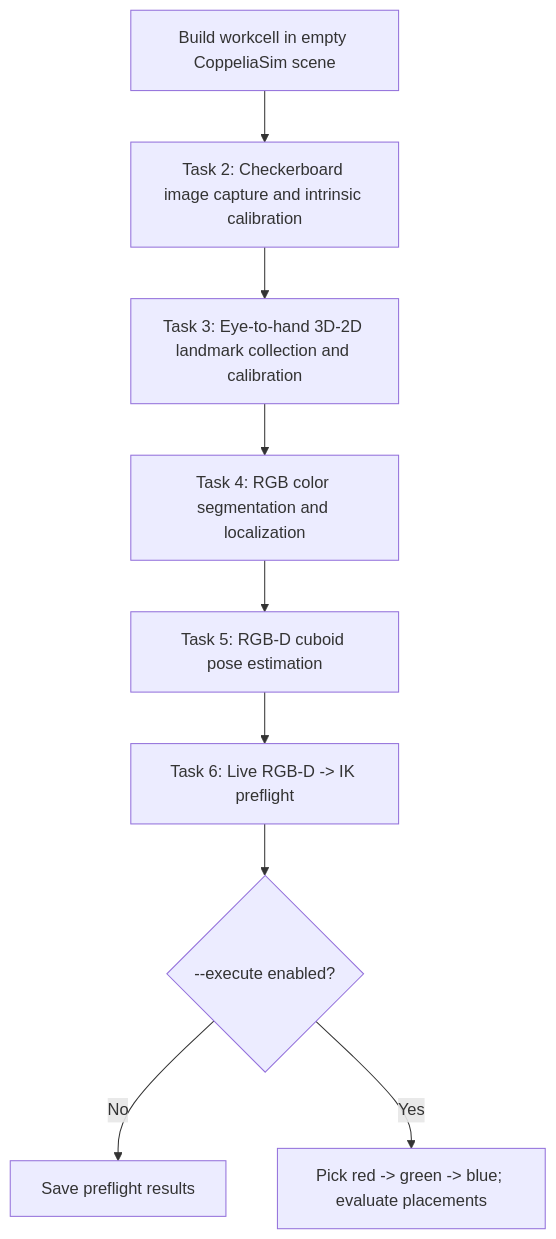
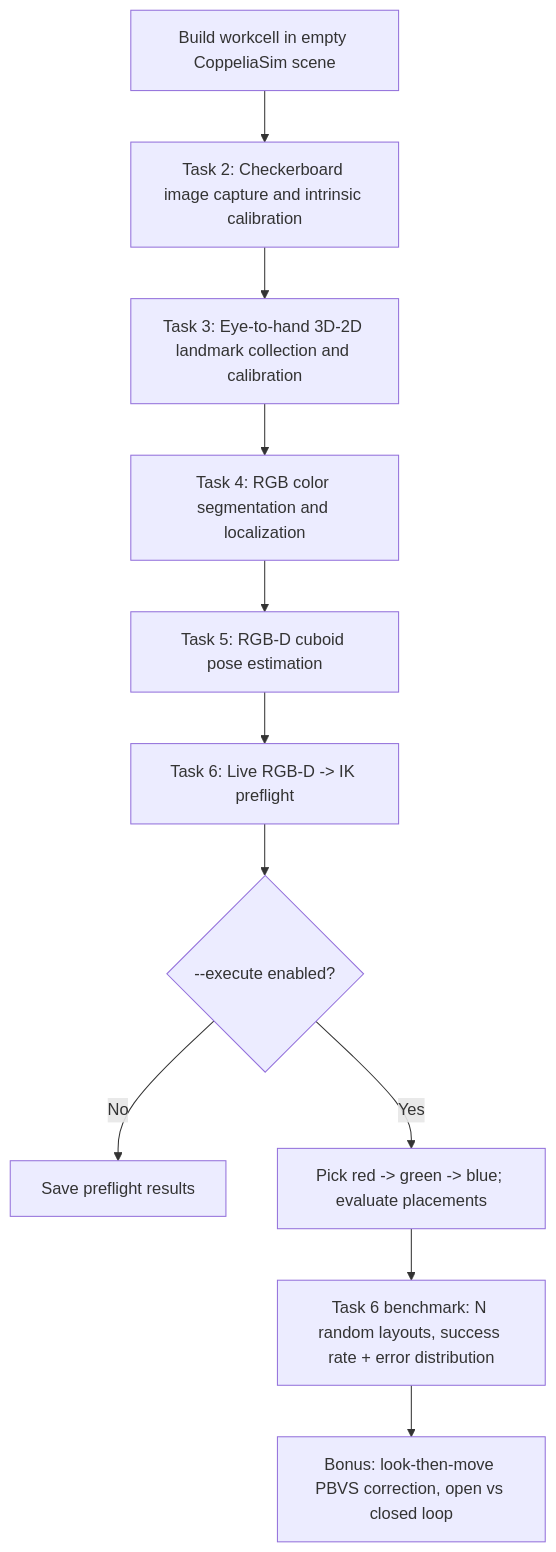
Before and after one commit to Rish-1903/Vision-Guided-Robot-Manipulation: the diagram in README.md, drawn with Mermaid. The commit also changed other lines of this file and 36 other files, not shown here.

````diff
--- a/README.md
+++ b/README.md
@@ -9,11 +33,13 @@
 ```mermaid
 flowchart TD
     A[Build workcell in empty CoppeliaSim scene] --> B[Task 2: Checkerboard image capture and intrinsic calibration]
     B --> C[Task 3: Eye-to-hand 3D-2D landmark collection and calibration]
     C --> D[Task 4: RGB color segmentation and localization]
     D --> E[Task 5: RGB-D cuboid pose estimation]
     E --> F[Task 6: Live RGB-D -> IK preflight]
     F --> G{--execute enabled?}
     G -->|No| H[Save preflight results]
     G -->|Yes| I[Pick red -> green -> blue; evaluate placements]
+    I --> J[Task 6 benchmark: N random layouts, success rate + error distribution]
+    J --> K[Bonus: look-then-move PBVS correction, open vs closed loop]
 ```
````
